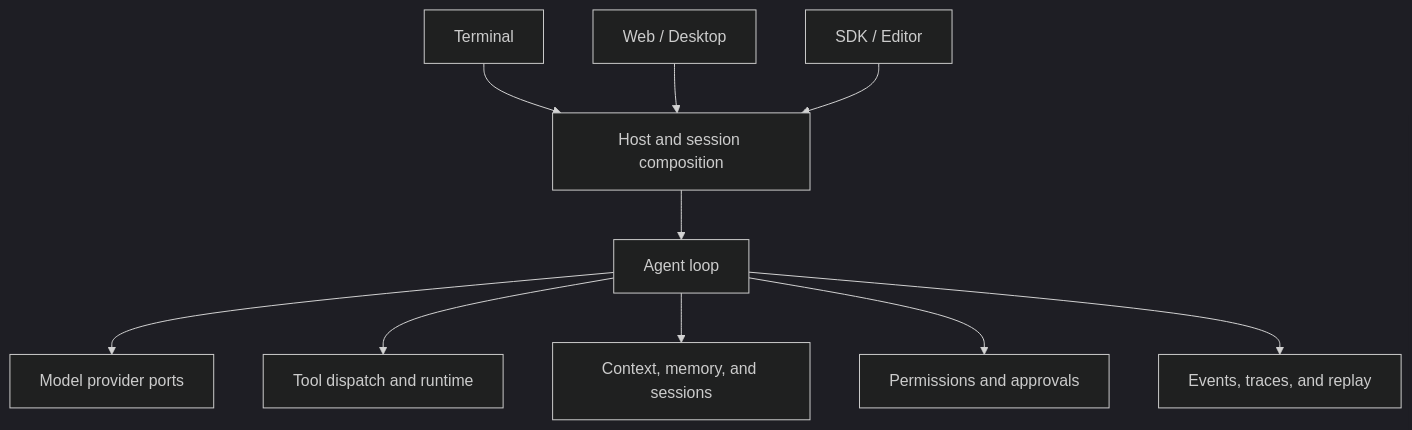
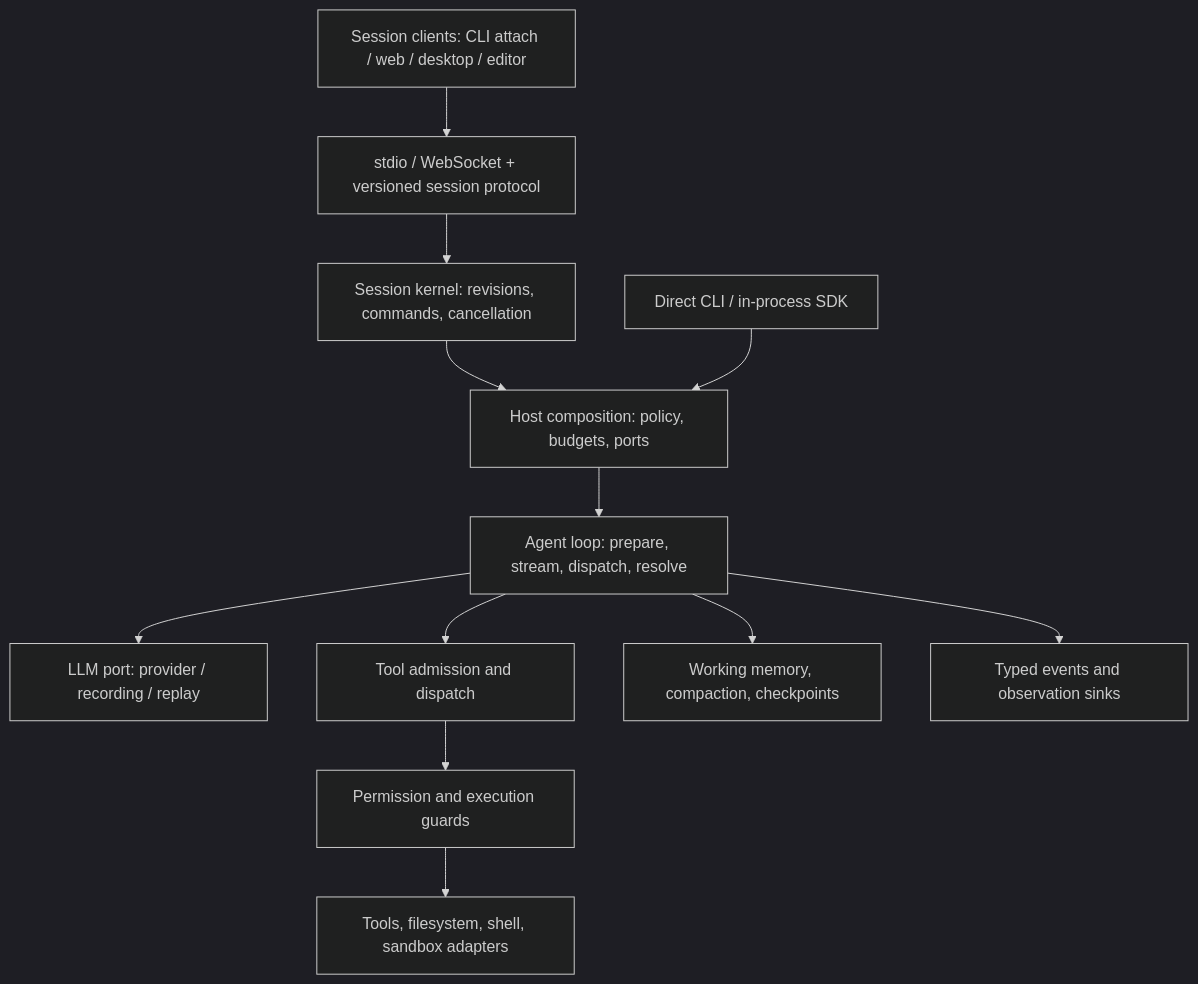
The diagram in README.md (josongmin/quanta-codeagent-v3), drawn with Mermaid (dark theme) before and after one commit. The commit also changed other lines of this file and 2 other files, not shown here.

First line of the commit message:
docs: highlight runtime engineering and architecture contracts

````diff
--- a/README.md
+++ b/README.md
@@ -99,12 +102,16 @@
 ```mermaid
 flowchart TB
-    CLI[Terminal] --> HOST[Host and session composition]
-    WEB[Web / Desktop] --> HOST
-    SDK[SDK / Editor] --> HOST
-    HOST --> AGENT[Agent loop]
-    AGENT --> LLM[Model provider ports]
-    AGENT --> TOOLS[Tool dispatch and runtime]
-    AGENT --> CONTEXT[Context, memory, and sessions]
-    AGENT --> POLICY[Permissions and approvals]
-    AGENT --> EVENTS[Events, traces, and replay]
+    CLIENTS["Session clients: CLI attach / web / desktop / editor"]
+    DIRECT["Direct CLI / in-process SDK"]
+    CLIENTS --> WIRE["stdio / WebSocket + versioned session protocol"]
+    WIRE --> KERNEL["Session kernel: revisions, commands, cancellation"]
+    KERNEL --> HOST["Host composition: policy, budgets, ports"]
+    DIRECT --> HOST
+    HOST --> AGENT["Agent loop: prepare, stream, dispatch, resolve"]
+    AGENT --> LLM["LLM port: provider / recording / replay"]
+    AGENT --> DISPATCH["Tool admission and dispatch"]
+    DISPATCH --> POLICY["Permission and execution guards"]
+    POLICY --> TOOLS["Tools, filesystem, shell, sandbox adapters"]
+    AGENT --> STATE["Working memory, compaction, checkpoints"]
+    AGENT --> EVENTS["Typed events and observation sinks"]
 ```
````
